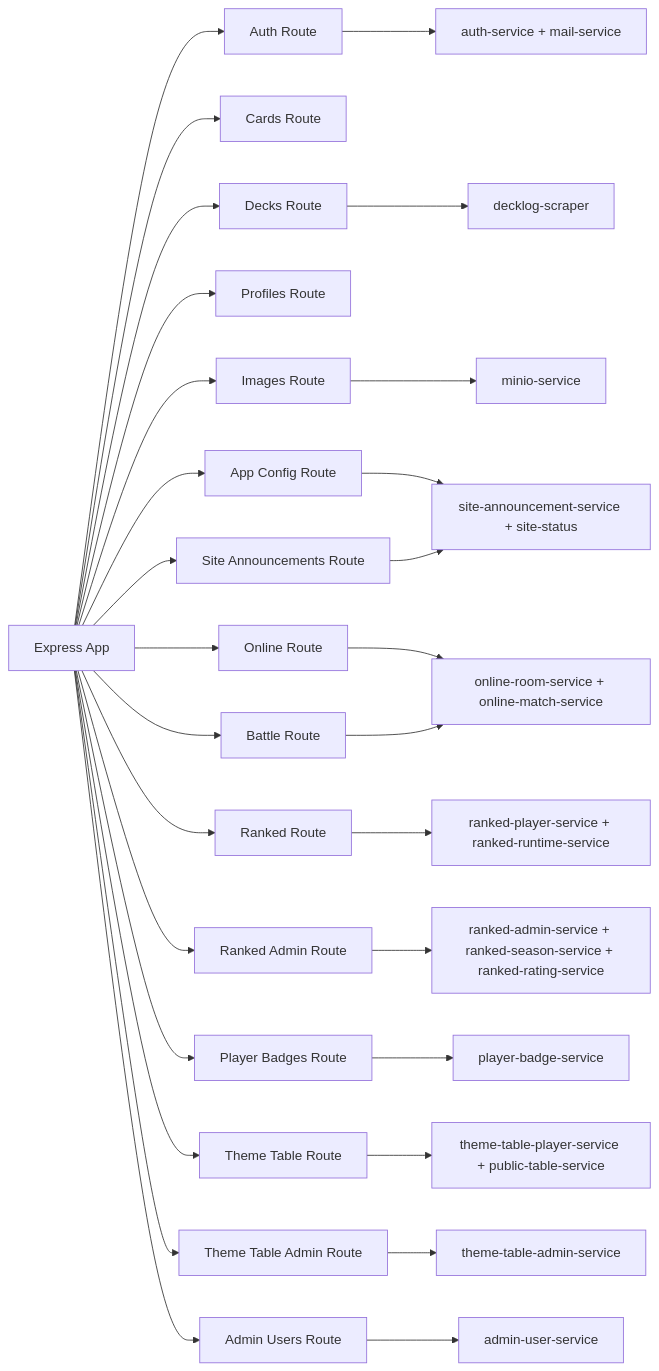
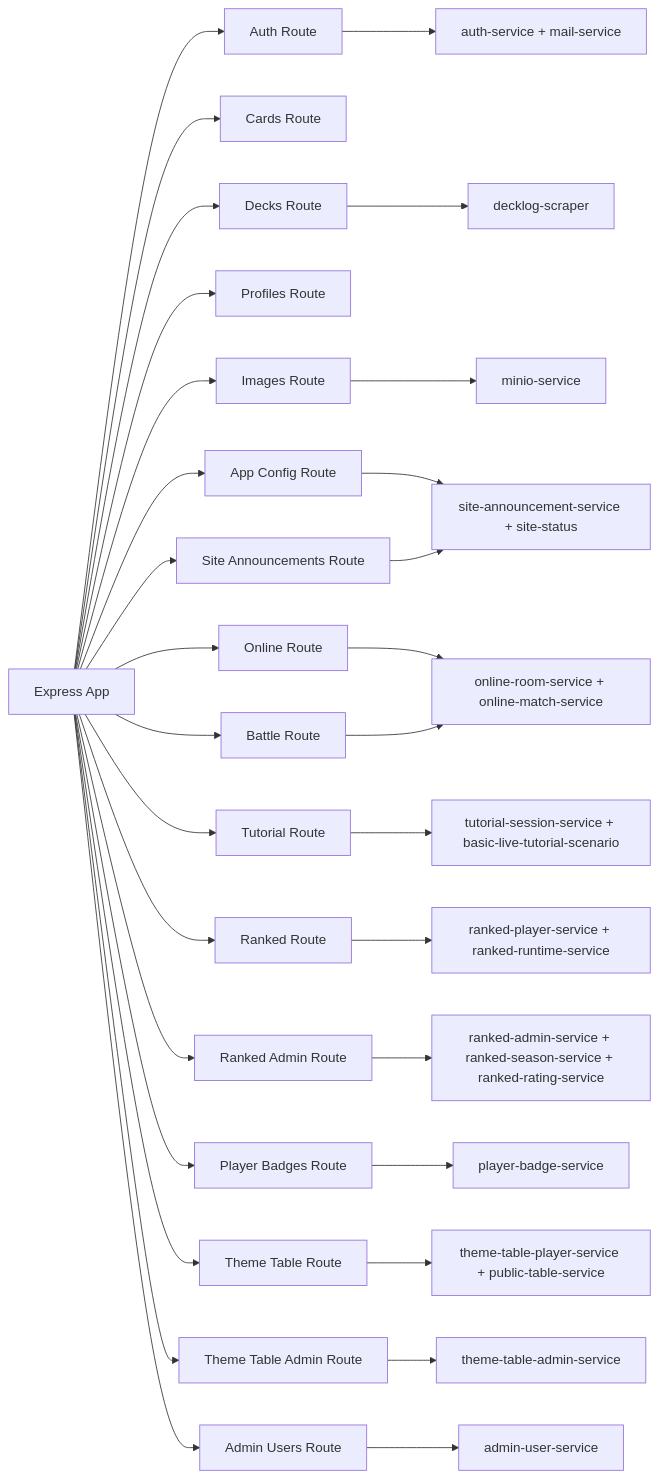
One commit to catmeow123456/loveca-dev changed the seventh of 9 diagrams in docs/system-design.md. Above: the diagram before and after it, drawn with Mermaid. The commit also changed other lines of this file and 67 other files, not shown here.

````diff
--- a/docs/system-design.md
+++ b/docs/system-design.md
@@ -377,32 +385,34 @@
 ```mermaid
 graph LR
     App[Express App] --> AuthR[Auth Route]
     App --> CardsR[Cards Route]
     App --> DecksR[Decks Route]
     App --> ProfilesR[Profiles Route]
     App --> ImagesR[Images Route]
     App --> ConfigR[App Config Route]
     App --> SiteAnnouncementsR[Site Announcements Route]
     App --> OnlineR[Online Route]
     App --> BattleR[Battle Route]
+    App --> TutorialR[Tutorial Route]
     App --> RankedR[Ranked Route]
     App --> RankedAdminR[Ranked Admin Route]
     App --> PlayerBadgesR[Player Badges Route]
     App --> ThemeR[Theme Table Route]
     App --> ThemeAdminR[Theme Table Admin Route]
     App --> AdminUsersR[Admin Users Route]
 
     AuthR --> AuthSvc[auth-service + mail-service]
     DecksR --> Scraper[decklog-scraper]
     ImagesR --> MinioSvc[minio-service]
     ConfigR --> OpsSvc[site-announcement-service + site-status]
     SiteAnnouncementsR --> OpsSvc
     OnlineR --> OnlineSvc[online-room-service + online-match-service]
     BattleR --> OnlineSvc
+    TutorialR --> TutorialSvc[tutorial-session-service + basic-live-tutorial-scenario]
     RankedR --> RankedSvc[ranked-player-service + ranked-runtime-service]
     RankedAdminR --> RankedAdminSvc[ranked-admin-service + ranked-season-service + ranked-rating-service]
     PlayerBadgesR --> PlayerBadgeSvc[player-badge-service]
     ThemeR --> ThemeSvc[theme-table-player-service + public-table-service]
     ThemeAdminR --> ThemeAdminSvc[theme-table-admin-service]
     AdminUsersR --> AdminUsersSvc[admin-user-service]
 ```
````
